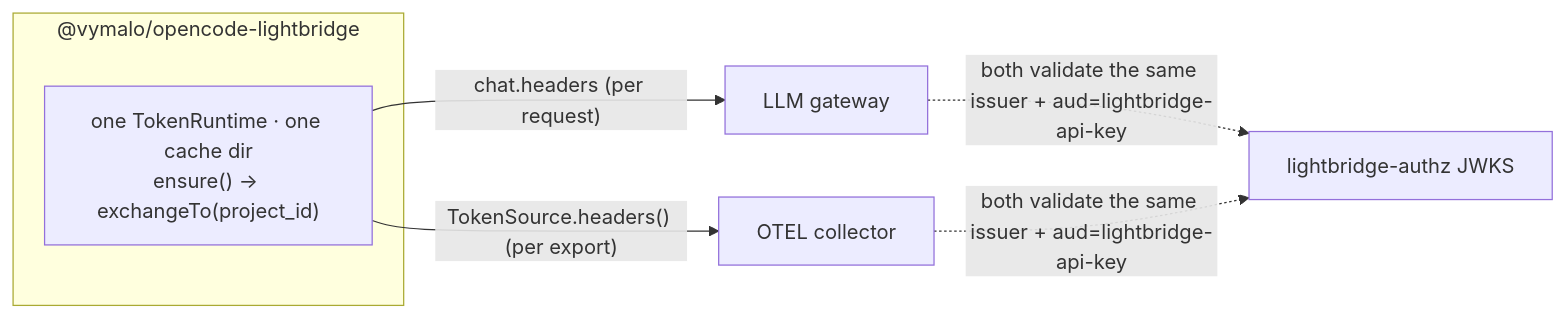
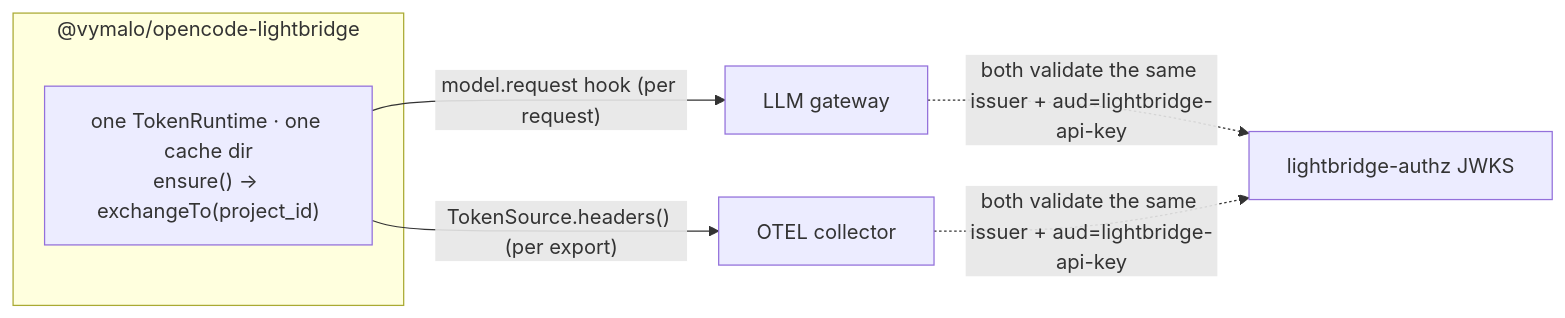
One commit to ADORSYS-GIS/lightbridge-opencode-toolbeit changed the first of 3 diagrams in docs/lightbridge.md. Above: the diagram before and after it, drawn with Mermaid. The commit also changed other lines of this file and 22 other files, not shown here.

````diff
--- a/docs/lightbridge.md
+++ b/docs/lightbridge.md
@@ -27,9 +27,9 @@
 ```mermaid
 flowchart LR
   subgraph LB["@vymalo/opencode-lightbridge"]
     TR["one TokenRuntime · one cache dir<br/>ensure() → exchangeTo(project_id)"]
   end
-  TR -->|"chat.headers (per request)"| GW["LLM gateway"]
+  TR -->|"model.request hook (per request)"| GW["LLM gateway"]
   TR -->|"TokenSource.headers() (per export)"| COL["OTEL collector"]
   GW & COL -.->|"both validate the same issuer + aud=lightbridge-api-key"| AZ["lightbridge-authz JWKS"]
 ```
````
